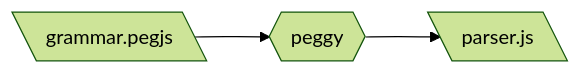
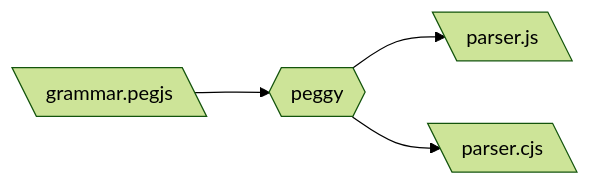
One commit to reedspool/hyperscript-transpiled-experiment changed the first of 4 diagrams in README.md. Above: the diagram before and after it, drawn with Mermaid. The commit also changed other lines of this file and 5 other files, not shown here.

````diff
--- a/README.md
+++ b/README.md
@@ -11,9 +21,11 @@
 ```mermaid
 %%{init: {'theme':'forest'}}%%
 flowchart LR
     grammar[\grammar.pegjs\]
     peggy{{peggy}}
     parser[\parser.js\]
+    parserC[\parser.cjs\]
     grammar-->peggy
     peggy-->parser
+    peggy-->parserC
 ```
````
